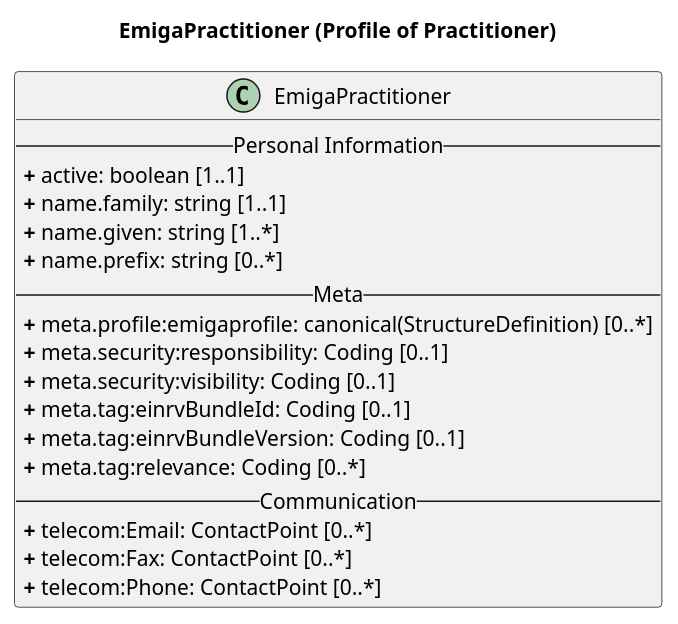
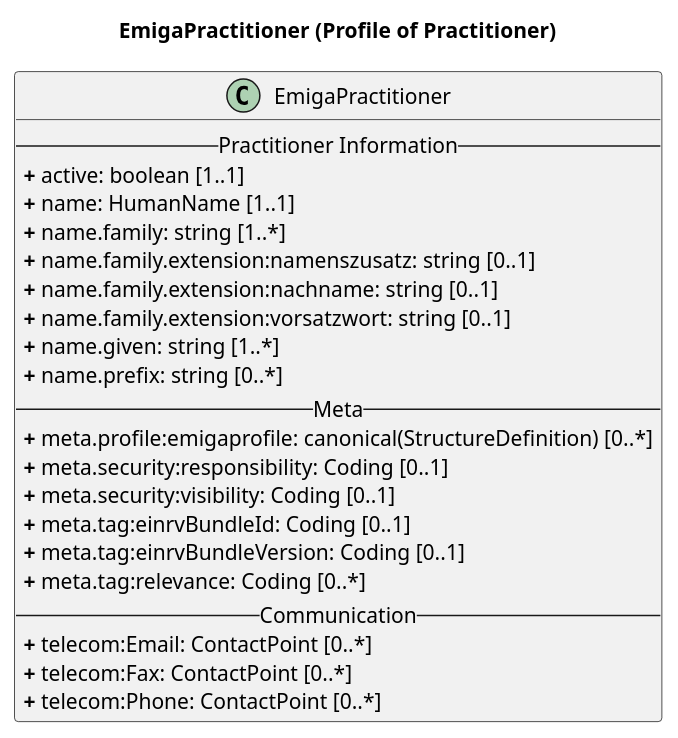
The diagram in rki.emiga.vzd/guides/implementationguides.vzd/PlantUML/Practitioner.puml (robert-koch-institut/rki.emiga.vzd), drawn with PlantUML before and after one commit. The commit also changed 18 other files, not shown here.

```diff
--- a/rki.emiga.vzd/guides/implementationguides.vzd/PlantUML/Practitioner.puml
+++ b/rki.emiga.vzd/guides/implementationguides.vzd/PlantUML/Practitioner.puml
@@ -1,26 +1,30 @@
 @startuml
 skinparam linetype ortho
  
 title EmigaPractitioner (Profile of Practitioner)
  
 ' Main Class
 class EmigaPractitioner{
--- Personal Information --
+-- Practitioner Information --
 <b>+</b> active: boolean [1..1]
-<b>+</b> name.family: string [1..1]
+<b>+</b> name: HumanName [1..1]
+<b>+</b> name.family: string [1..*]
+<b>+</b> name.family.extension:namenszusatz: string [0..1]
+<b>+</b> name.family.extension:nachname: string [0..1]
+<b>+</b> name.family.extension:vorsatzwort: string [0..1]
 <b>+</b> name.given: string [1..*]
 <b>+</b> name.prefix: string [0..*]
 -- Meta --
 <b>+</b> meta.profile:emigaprofile: canonical(StructureDefinition) [0..*]
 <b>+</b> meta.security:responsibility: Coding [0..1]
 <b>+</b> meta.security:visibility: Coding [0..1]
 <b>+</b> meta.tag:einrvBundleId: Coding [0..1]
 <b>+</b> meta.tag:einrvBundleVersion: Coding [0..1]
 <b>+</b> meta.tag:relevance: Coding [0..*]
 -- Communication --
 <b>+</b> telecom:Email: ContactPoint [0..*]
 <b>+</b> telecom:Fax: ContactPoint [0..*]
 <b>+</b> telecom:Phone: ContactPoint [0..*]
 }
 
 @enduml
```
